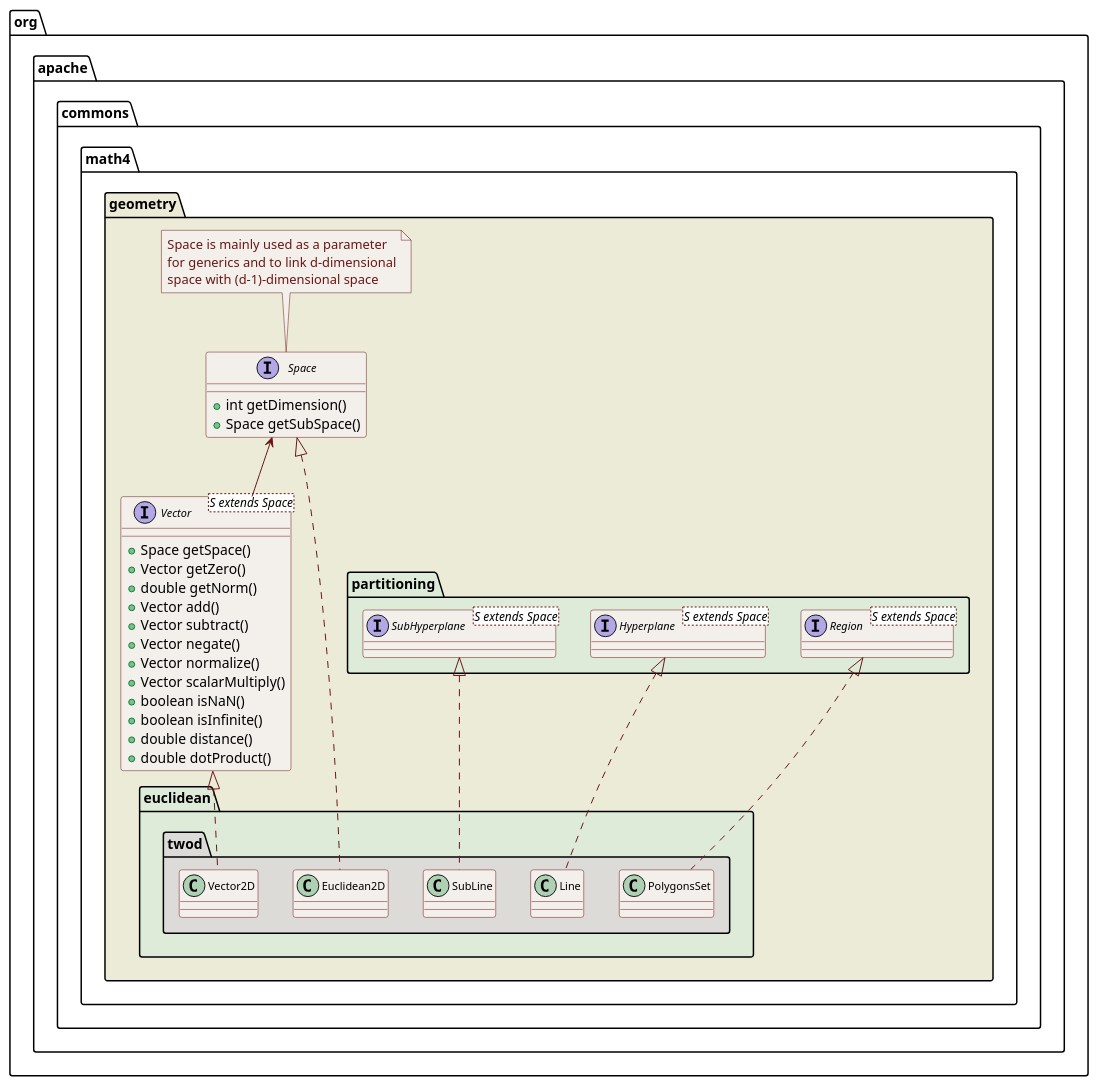
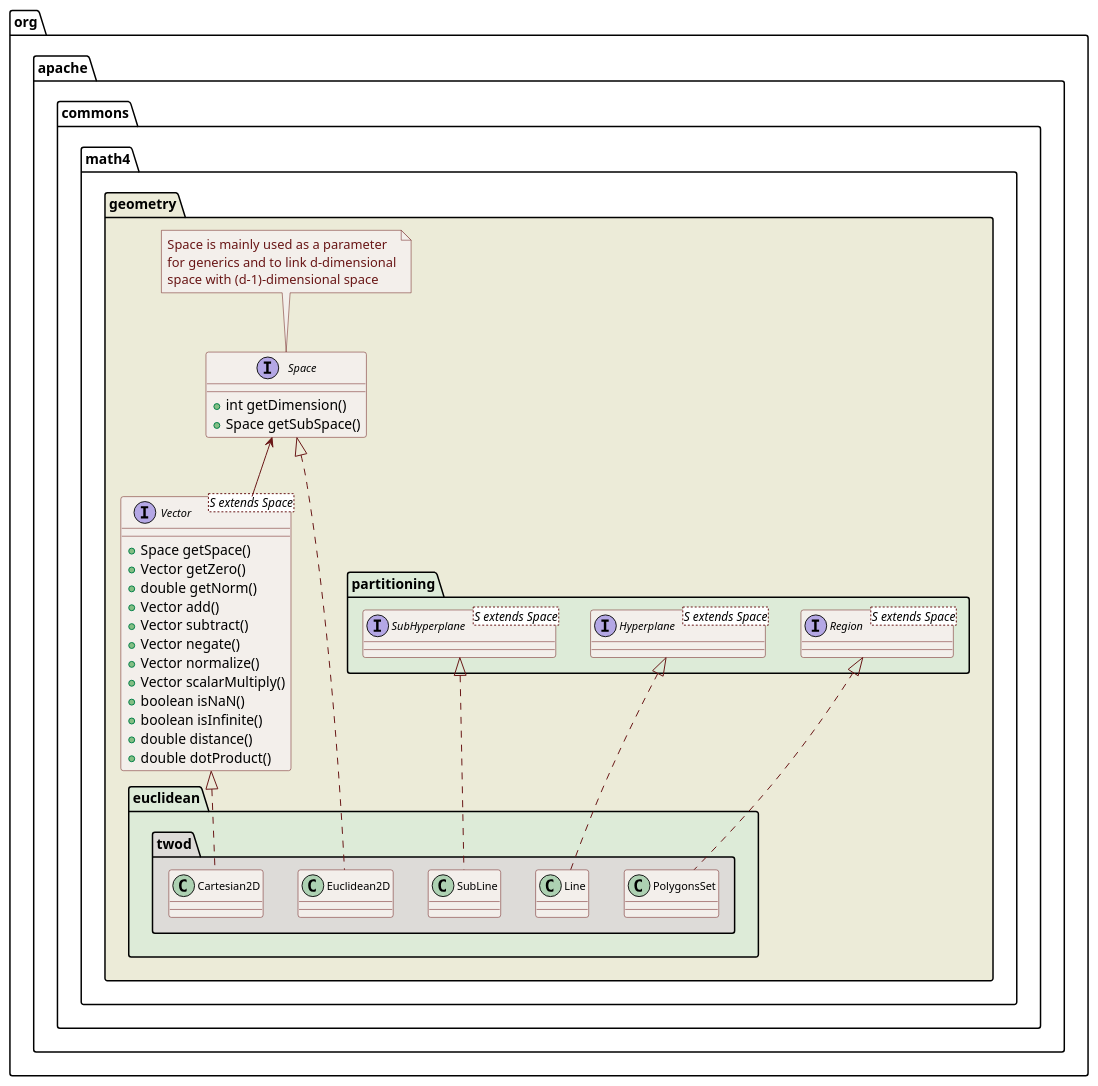
Before and after one commit to apache/commons-math: the diagram in src/site/design/twoD.puml, drawn with PlantUML. The commit also changed 9 other files, not shown here.

Commit message:
MATH-1284: Replace uses of "Vector2D" in comments and supporting files with "Cartesian2D".

```diff
--- a/src/site/design/twoD.puml
+++ b/src/site/design/twoD.puml
@@ -16,69 +16,69 @@
 @startuml
 
   skinparam svek                  true
   skinparam ClassBackgroundColor  #F3EFEB
   skinparam ClassArrowColor       #691616
   skinparam ClassBorderColor      #691616
   skinparam NoteBackgroundColor   #F3EFEB
   skinparam NoteBorderColor       #691616
   skinparam NoteFontColor         #691616
   skinparam ClassFontSize         11
 
   package org.apache.commons.math4.geometry #ECEBD8 {
 
     interface Space {
       +int getDimension()
       +Space getSubSpace()
     }
     note top
       Space is mainly used as a parameter
       for generics and to link d-dimensional
       space with (d-1)-dimensional space
     end note
 
     interface "Vector<S extends Space>" as Vector_S_ {
       +Space getSpace()
       +Vector getZero()
       +double getNorm()
       +Vector add()
       +Vector subtract()
       +Vector negate()
       +Vector normalize()
       +Vector scalarMultiply()
       +boolean isNaN()
       +boolean isInfinite()
       +double distance()
       +double dotProduct()
     }
 
     Space <-- Vector_S_
 
     package partitioning #DDEBD8 {
       interface "Region<S extends Space>" as Region_S_
       interface "Hyperplane<S extends Space>" as Hyperplane_S_
       interface "SubHyperplane<S extends Space>" as SubHyperplane_S_
     }
 
     package euclidean #DDEBD8 {
 
       package twod #DDDBD8 {
 
         class Euclidean2D
-        class Vector2D
+        class Cartesian2D
         class Line
         class SubLine
         class PolygonsSet
 
         Space            <|.. Euclidean2D
-        Vector_S_        <|.. Vector2D
+        Vector_S_        <|.. Cartesian2D
         Hyperplane_S_    <|.. Line
         SubHyperplane_S_ <|.. SubLine
         Region_S_        <|.. PolygonsSet
 
       }
 
     }
 
   }
 
 @enduml
```
